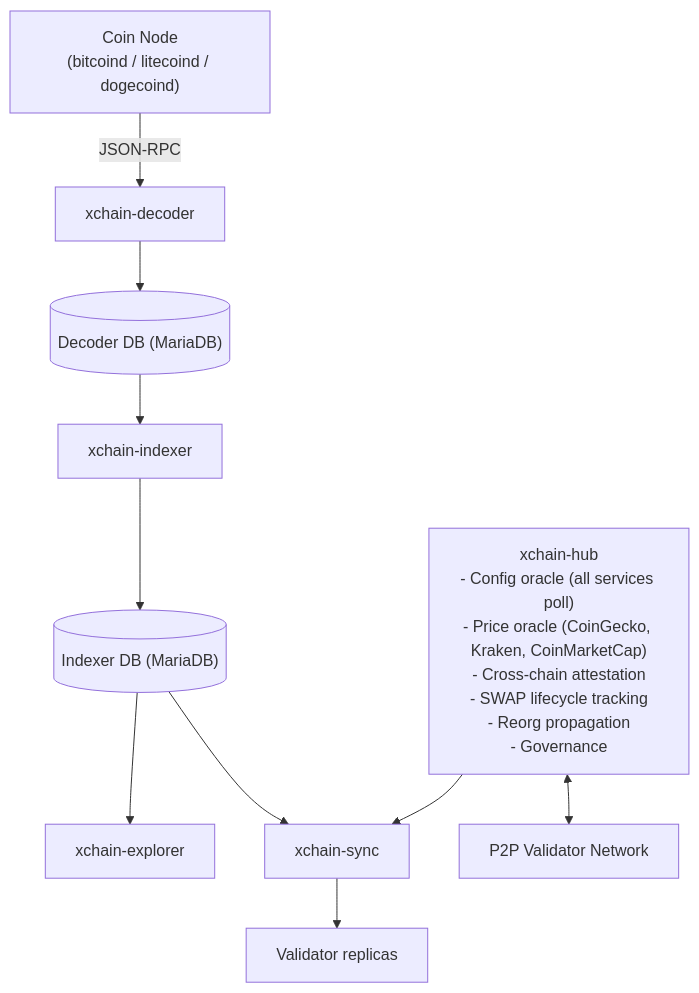
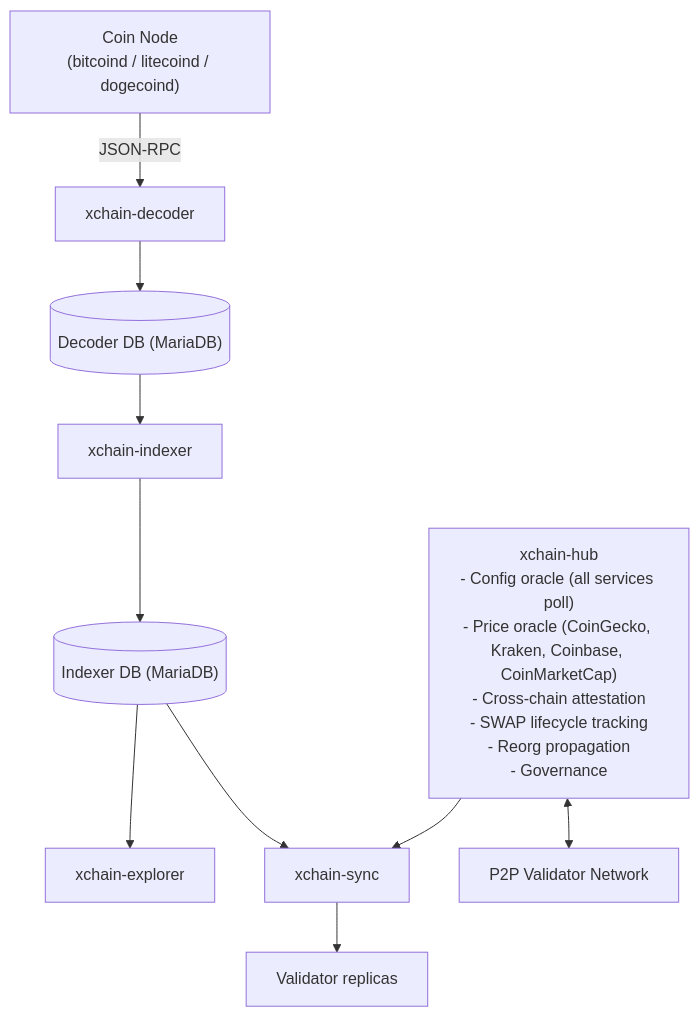
Before and after one commit to XChain-Platform/xchain-documentation: the first of 11 diagrams in components/hub/architecture.md, drawn with Mermaid. The commit also changed other lines of this file and 55 other files, not shown here.

````diff
--- a/components/hub/architecture.md
+++ b/components/hub/architecture.md
@@ -8,23 +8,23 @@
 ```mermaid
 flowchart TD
     NODE["Coin Node<br>(bitcoind / litecoind / dogecoind)"]
     DECODER["xchain-decoder"]
     DECDB[("Decoder DB (MariaDB)")]
     INDEXER["xchain-indexer"]
     IDXDB[("Indexer DB (MariaDB)")]
     EXPLORER["xchain-explorer"]
     SYNC["xchain-sync"]
     REPLICAS["Validator replicas"]
-    HUB["xchain-hub<br>- Config oracle (all services poll)<br>- Price oracle (CoinGecko, Kraken, CoinMarketCap)<br>- Cross-chain attestation<br>- SWAP lifecycle tracking<br>- Reorg propagation<br>- Governance"]
+    HUB["xchain-hub<br>- Config oracle (all services poll)<br>- Price oracle (CoinGecko, Kraken, Coinbase, CoinMarketCap)<br>- Cross-chain attestation<br>- SWAP lifecycle tracking<br>- Reorg propagation<br>- Governance"]
     P2P["P2P Validator Network"]
 
     NODE -->|JSON-RPC| DECODER
     DECODER --> DECDB
     DECDB --> INDEXER
     INDEXER --> IDXDB
     IDXDB --> EXPLORER
     IDXDB --> SYNC
     SYNC --> REPLICAS
     HUB --> SYNC
     HUB <--> P2P
 ```
````
